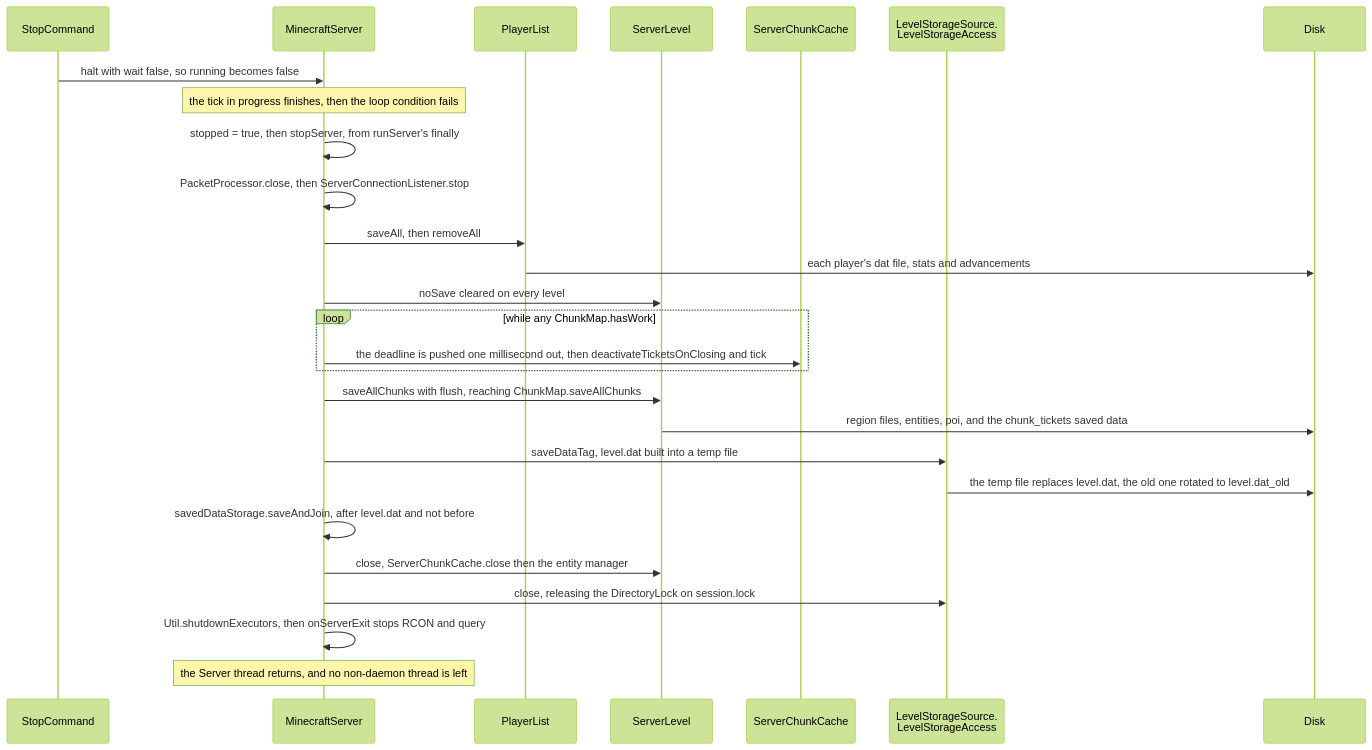
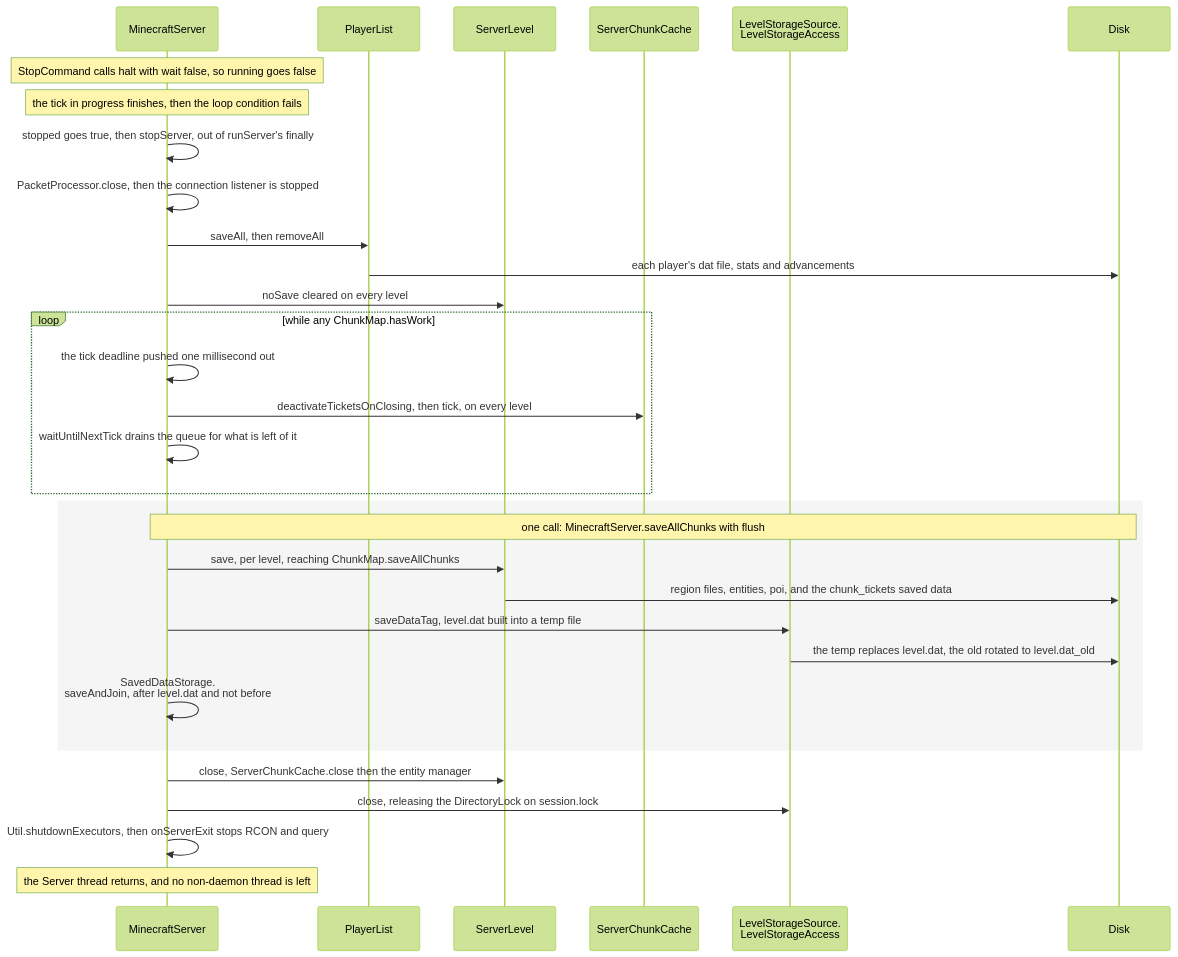
The first of 2 diagrams in src/systems/server/how-a-server-dies.md (AlexanderjFraser/MinecraftDocs), drawn with Mermaid (forest theme) before and after one commit. The commit also changed other lines of this file and 12 other files, not shown here.

````diff
--- a/src/systems/server/how-a-server-dies.md
+++ b/src/systems/server/how-a-server-dies.md
@@ -53,30 +53,34 @@
 ```mermaid
 sequenceDiagram
-    participant SC as StopCommand
     participant MS as MinecraftServer
     participant PL as PlayerList
     participant SL as ServerLevel
     participant SCC as ServerChunkCache
     participant LSA as LevelStorageSource.<br/>LevelStorageAccess
     participant Disk
 
-    SC->>MS: halt with wait false, so running becomes false
+    Note over MS: StopCommand calls halt with wait false, so running goes false
     Note over MS: the tick in progress finishes, then the loop condition fails
-    MS->>MS: stopped = true, then stopServer, from runServer's finally
-    MS->>MS: PacketProcessor.close, then ServerConnectionListener.stop
+    MS->>MS: stopped goes true, then stopServer, out of runServer's finally
+    MS->>MS: PacketProcessor.close, then the connection listener is stopped
     MS->>PL: saveAll, then removeAll
     PL->>Disk: each player's dat file, stats and advancements
     MS->>SL: noSave cleared on every level
     loop while any ChunkMap.hasWork
-        MS->>SCC: the deadline is pushed one millisecond out, then deactivateTicketsOnClosing and tick
+        MS->>MS: the tick deadline pushed one millisecond out
+        MS->>SCC: deactivateTicketsOnClosing, then tick, on every level
+        MS->>MS: waitUntilNextTick drains the queue for what is left of it
     end
-    MS->>SL: saveAllChunks with flush, reaching ChunkMap.saveAllChunks
-    SL->>Disk: region files, entities, poi, and the chunk_tickets saved data
-    MS->>LSA: saveDataTag, level.dat built into a temp file
-    LSA->>Disk: the temp file replaces level.dat, the old one rotated to level.dat_old
-    MS->>MS: savedDataStorage.saveAndJoin, after level.dat and not before
+    rect rgba(0, 0, 0, 0.04)
+        Note over MS,Disk: one call: MinecraftServer.saveAllChunks with flush
+        MS->>SL: save, per level, reaching ChunkMap.saveAllChunks
+        SL->>Disk: region files, entities, poi, and the chunk_tickets saved data
+        MS->>LSA: saveDataTag, level.dat built into a temp file
+        LSA->>Disk: the temp replaces level.dat, the old rotated to level.dat_old
+        MS->>MS: SavedDataStorage.<br/>saveAndJoin, after level.dat and not before
+    end
     MS->>SL: close, ServerChunkCache.close then the entity manager
     MS->>LSA: close, releasing the DirectoryLock on session.lock
     MS->>MS: Util.shutdownExecutors, then onServerExit stops RCON and query
     Note over MS: the Server thread returns, and no non-daemon thread is left
 ```
````
